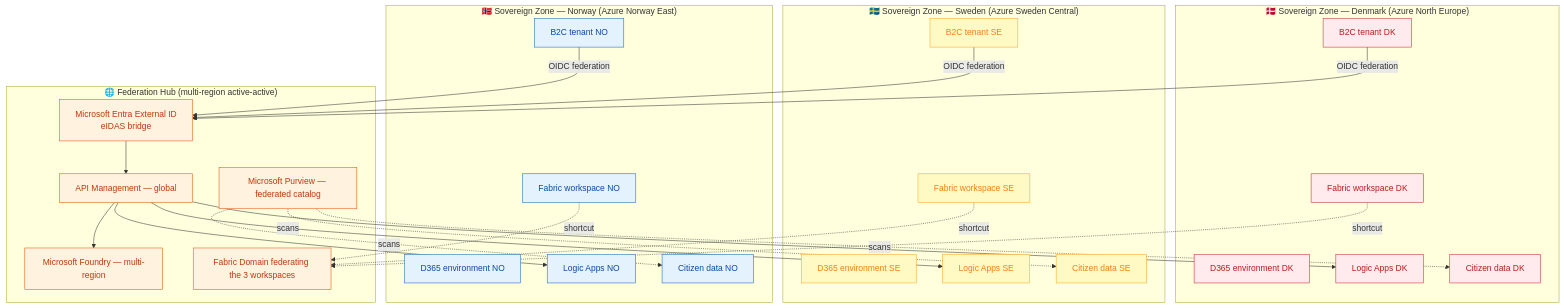
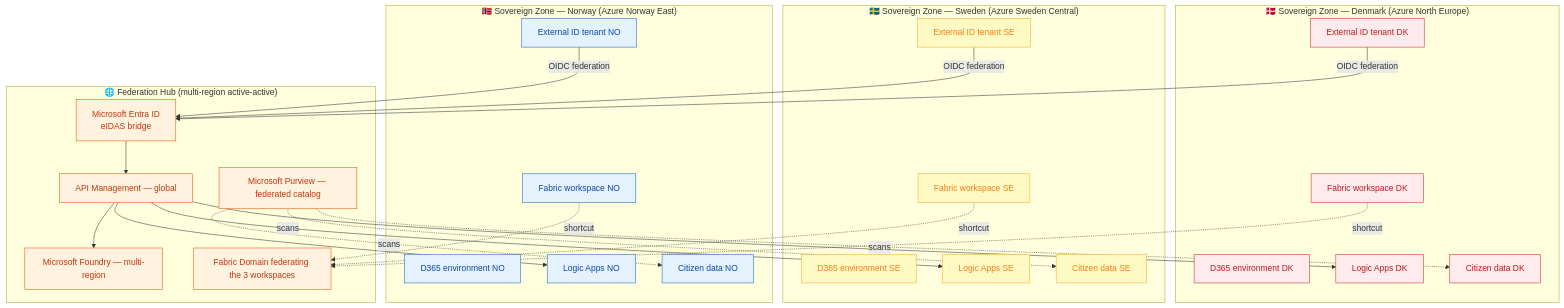
Before and after one commit to fredgis/UDCSP: the third of 12 diagrams in docs/architecture.md, drawn with Mermaid. The commit also changed other lines of this file and 54 other files, not shown here.

````diff
--- a/docs/architecture.md
+++ b/docs/architecture.md
@@ -295,62 +295,62 @@
 ```mermaid
 graph TB
     subgraph DK["🇩🇰 Sovereign Zone — Denmark (Azure North Europe)"]
-        DK_B2C["B2C tenant DK"]
+        DK_EXTID["External ID tenant DK"]
         DK_FAB["Fabric workspace DK"]
         DK_D365["D365 environment DK"]
         DK_LA["Logic Apps DK"]
         DK_DATA["Citizen data DK"]
     end
 
     subgraph SE["🇸🇪 Sovereign Zone — Sweden (Azure Sweden Central)"]
-        SE_B2C["B2C tenant SE"]
+        SE_EXTID["External ID tenant SE"]
         SE_FAB["Fabric workspace SE"]
         SE_D365["D365 environment SE"]
         SE_LA["Logic Apps SE"]
         SE_DATA["Citizen data SE"]
     end
 
     subgraph NO["🇳🇴 Sovereign Zone — Norway (Azure Norway East)"]
-        NO_B2C["B2C tenant NO"]
+        NO_EXTID["External ID tenant NO"]
         NO_FAB["Fabric workspace NO"]
         NO_D365["D365 environment NO"]
         NO_LA["Logic Apps NO"]
         NO_DATA["Citizen data NO"]
     end
 
     subgraph HUB["🌐 Federation Hub (multi-region active-active)"]
-        ENTRA["Microsoft Entra External ID<br/>eIDAS bridge"]
+        ENTRA["Microsoft Entra ID<br/>eIDAS bridge"]
         APIM["API Management — global"]
         FOUNDRY["Microsoft Foundry — multi-region"]
         PURVIEW["Microsoft Purview — federated catalog"]
         FAB_DOMAIN["Fabric Domain federating the 3 workspaces"]
     end
 
-    DK_B2C -->|OIDC federation| ENTRA
-    SE_B2C -->|OIDC federation| ENTRA
-    NO_B2C -->|OIDC federation| ENTRA
+    DK_EXTID -->|OIDC federation| ENTRA
+    SE_EXTID -->|OIDC federation| ENTRA
+    NO_EXTID -->|OIDC federation| ENTRA
 
     ENTRA --> APIM
     APIM --> DK_LA
     APIM --> SE_LA
     APIM --> NO_LA
     APIM --> FOUNDRY
 
     DK_FAB -.shortcut.-> FAB_DOMAIN
     SE_FAB -.shortcut.-> FAB_DOMAIN
     NO_FAB -.shortcut.-> FAB_DOMAIN
 
     PURVIEW -. scans .-> DK_DATA
     PURVIEW -. scans .-> SE_DATA
     PURVIEW -. scans .-> NO_DATA
 
     classDef dk fill:#FFEBEE,stroke:#C62828,color:#B71C1C
     classDef se fill:#FFF9C4,stroke:#F9A825,color:#F57F17
     classDef no fill:#E3F2FD,stroke:#1565C0,color:#0D47A1
     classDef hub fill:#FFF3E0,stroke:#E65100,color:#BF360C
 
-    class DK_B2C,DK_FAB,DK_D365,DK_LA,DK_DATA dk
-    class SE_B2C,SE_FAB,SE_D365,SE_LA,SE_DATA se
-    class NO_B2C,NO_FAB,NO_D365,NO_LA,NO_DATA no
+    class DK_EXTID,DK_FAB,DK_D365,DK_LA,DK_DATA dk
+    class SE_EXTID,SE_FAB,SE_D365,SE_LA,SE_DATA se
+    class NO_EXTID,NO_FAB,NO_D365,NO_LA,NO_DATA no
     class ENTRA,APIM,FOUNDRY,PURVIEW,FAB_DOMAIN hub
 ```
````
